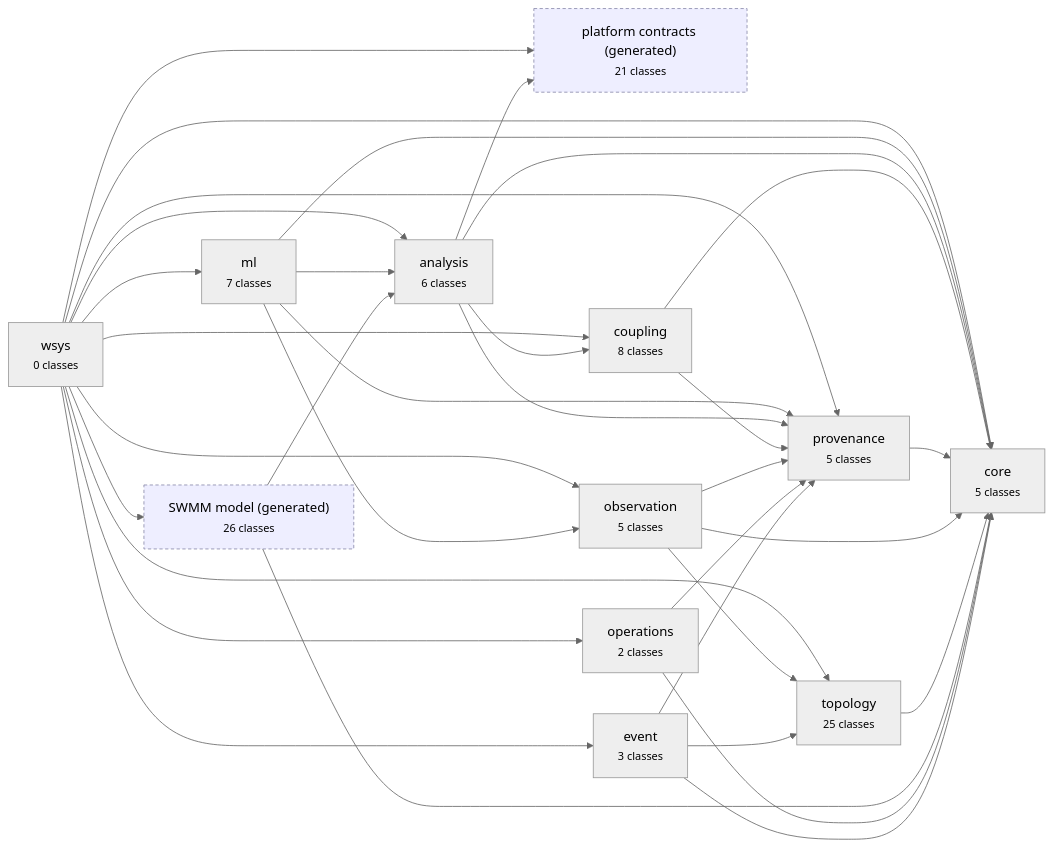
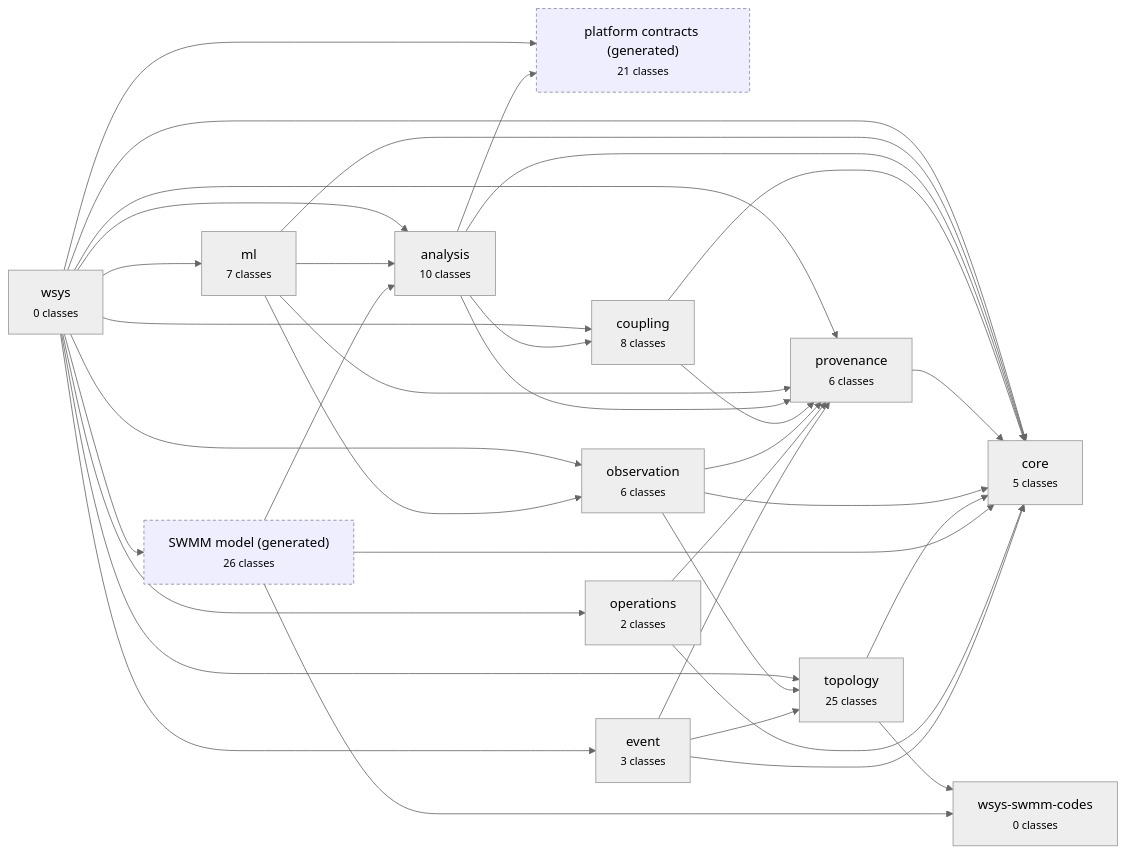
The diagram in docs/diagrams/modules.md (HydroCouple/water-ontology), drawn with Mermaid (neutral theme) before and after one commit. The commit also changed 99 other files, not shown here.

Commit message:
Implement governed SWMM ingestion, terminology, provenance and SQLite releases

````diff
--- a/docs/diagrams/modules.md
+++ b/docs/diagrams/modules.md
@@ -5,49 +5,52 @@
 ```mermaid
 flowchart LR
   wsys["wsys<br/><small>0 classes</small>"]
   wsys_ml["ml<br/><small>7 classes</small>"]
-  wsys_analysis["analysis<br/><small>6 classes</small>"]
+  wsys_analysis["analysis<br/><small>10 classes</small>"]
   wsys_analysis_platform["platform contracts (generated)<br/><small>21 classes</small>"]:::gen
   wsys_coupling["coupling<br/><small>8 classes</small>"]
-  wsys_provenance["provenance<br/><small>5 classes</small>"]
+  wsys_provenance["provenance<br/><small>6 classes</small>"]
   wsys_core["core<br/><small>5 classes</small>"]
-  wsys_observation["observation<br/><small>5 classes</small>"]
+  wsys_observation["observation<br/><small>6 classes</small>"]
   wsys_topology["topology<br/><small>25 classes</small>"]
+  wsys_swmm_codes["wsys-swmm-codes<br/><small>0 classes</small>"]
   wsys_model["SWMM model (generated)<br/><small>26 classes</small>"]:::gen
   wsys_operations["operations<br/><small>2 classes</small>"]
   wsys_event["event<br/><small>3 classes</small>"]
   wsys --> wsys_core
   wsys --> wsys_provenance
   wsys --> wsys_topology
   wsys --> wsys_observation
   wsys --> wsys_event
   wsys --> wsys_operations
   wsys --> wsys_coupling
   wsys --> wsys_analysis_platform
   wsys --> wsys_analysis
   wsys --> wsys_model
   wsys --> wsys_ml
   wsys_ml --> wsys_core
   wsys_ml --> wsys_provenance
   wsys_ml --> wsys_observation
   wsys_ml --> wsys_analysis
   wsys_analysis --> wsys_core
   wsys_analysis --> wsys_provenance
   wsys_analysis --> wsys_coupling
   wsys_analysis --> wsys_analysis_platform
   wsys_coupling --> wsys_core
   wsys_coupling --> wsys_provenance
   wsys_provenance --> wsys_core
   wsys_observation --> wsys_core
   wsys_observation --> wsys_provenance
   wsys_observation --> wsys_topology
   wsys_topology --> wsys_core
+  wsys_topology --> wsys_swmm_codes
   wsys_model --> wsys_core
   wsys_model --> wsys_analysis
+  wsys_model --> wsys_swmm_codes
   wsys_operations --> wsys_core
   wsys_operations --> wsys_provenance
   wsys_event --> wsys_core
   wsys_event --> wsys_provenance
   wsys_event --> wsys_topology
   classDef gen fill:#eef,stroke:#88a,stroke-dasharray: 4 3;
 ```
````
